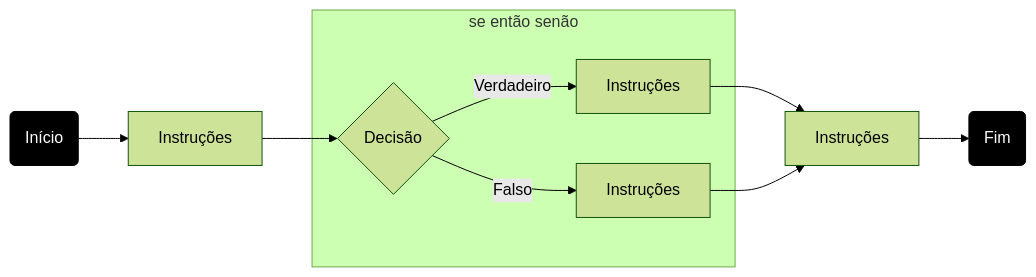
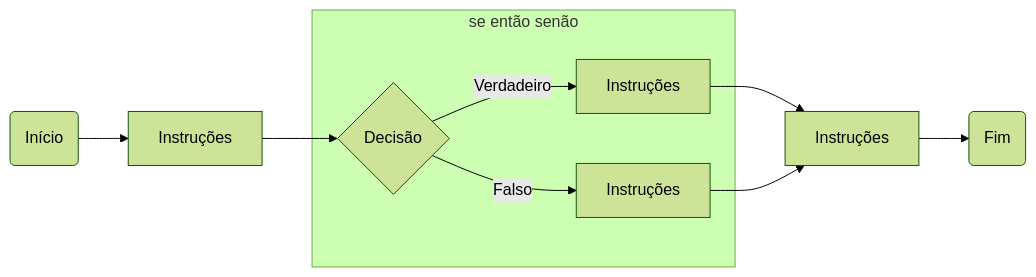
The second of 3 diagrams in 04.md (gabriellantunes/linguagem-java), drawn with Mermaid (forest theme) before and after one commit. The commit also changed other lines of this file, not shown here.

````diff
--- a/04.md
+++ b/04.md
@@ -248,16 +248,12 @@
 ```mermaid
-
 flowchart LR
     inicio(Início) --> A
     A[Instruções] --> C{Decisão}
     subgraph se então senão
     C -->|Verdadeiro| D[Instruções]
     C -->|Falso| E[Instruções]
     end
     D --> F[Instruções]
     E --> F[Instruções]
     F --> fim(Fim)
-
-style inicio fill:#000,stroke:#000,color:#fff
-style fim fill:#000,stroke:#000,color:#fff
 ```
````
